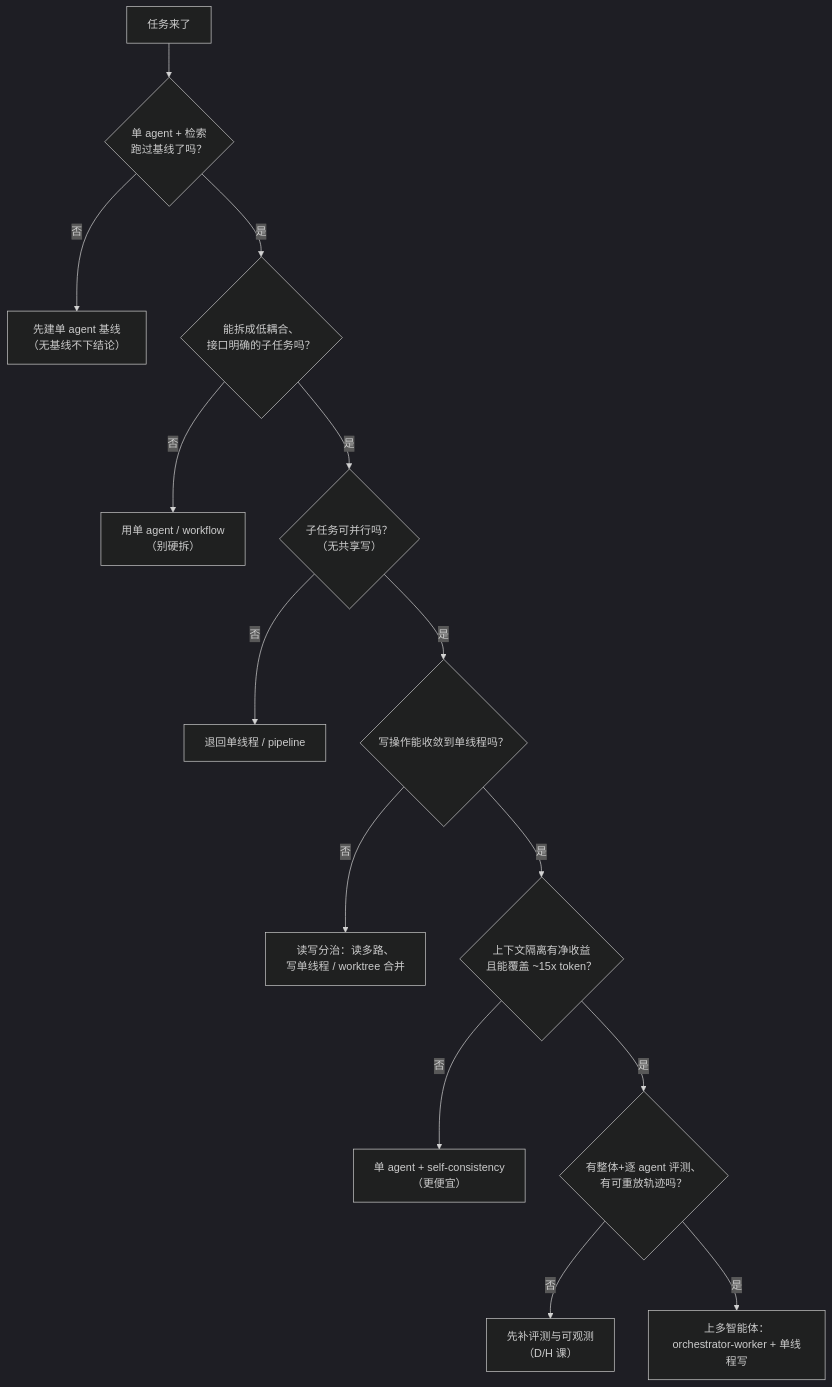
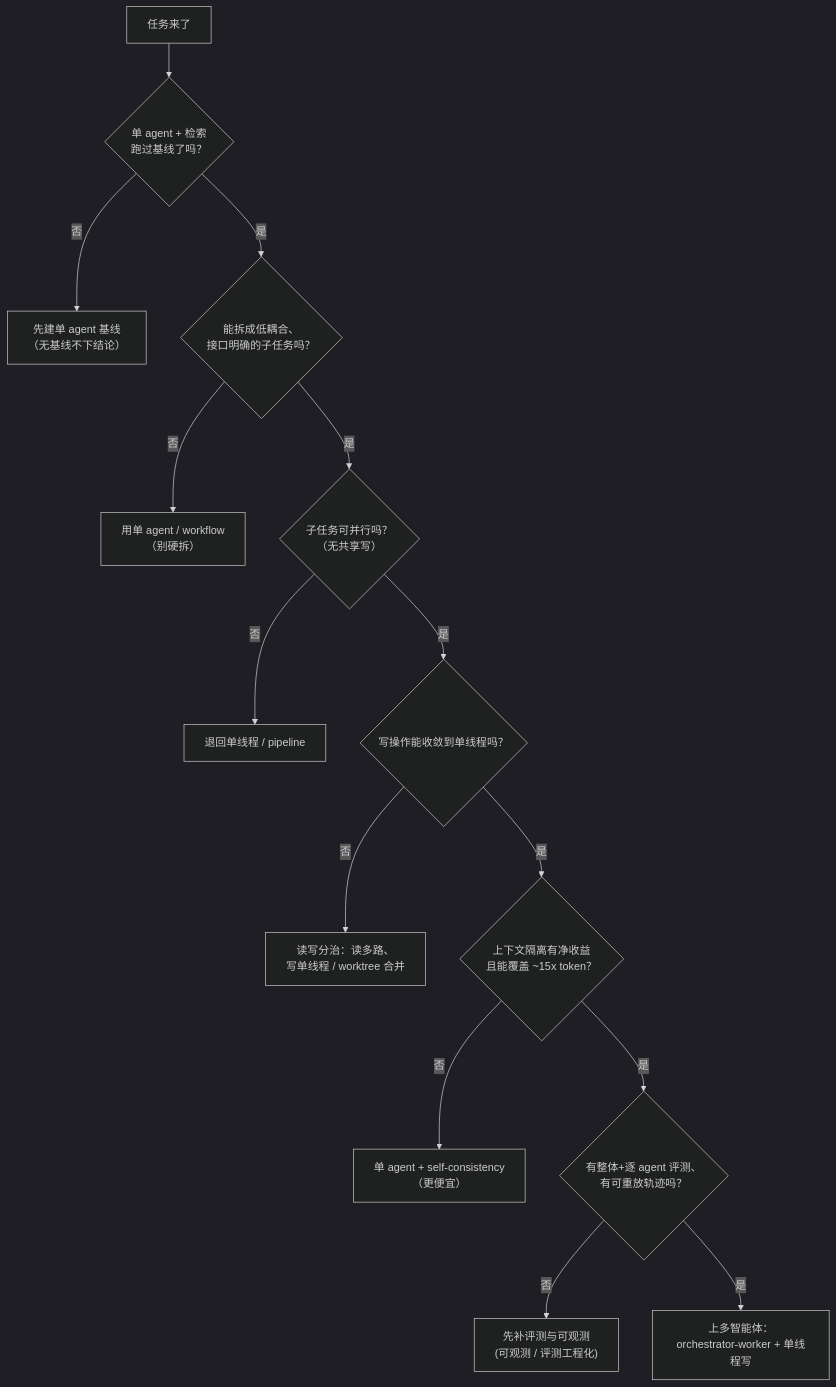
Before and after one commit to zo0043/learn-agent-harness: the fourth of 4 diagrams in notes/multi-agent.md, drawn with Mermaid (dark theme). The commit also changed other lines of this file and 50 other files, not shown here.

````diff
--- a/notes/multi-agent.md
+++ b/notes/multi-agent.md
@@ -340,16 +340,16 @@
 ```mermaid
 flowchart TD
   A["任务来了"] --> B{"单 agent + 检索<br/>跑过基线了吗？"}
   B -- "否" --> B1["先建单 agent 基线<br/>（无基线不下结论）"]
   B -- "是" --> C{"能拆成低耦合、<br/>接口明确的子任务吗？"}
   C -- "否" --> C1["用单 agent / workflow<br/>（别硬拆）"]
   C -- "是" --> D{"子任务可并行吗？<br/>（无共享写）"}
   D -- "否" --> D1["退回单线程 / pipeline"]
   D -- "是" --> E{"写操作能收敛到单线程吗？"}
   E -- "否" --> E1["读写分治：读多路、<br/>写单线程 / worktree 合并"]
   E -- "是" --> F{"上下文隔离有净收益<br/>且能覆盖 ~15x token？"}
   F -- "否" --> F1["单 agent + self-consistency<br/>（更便宜）"]
   F -- "是" --> G{"有整体+逐 agent 评测、<br/>有可重放轨迹吗？"}
-  G -- "否" --> G1["先补评测与可观测<br/>（D/H 课）"]
+  G -- "否" --> G1["先补评测与可观测<br/>(可观测 / 评测工程化)"]
   G -- "是" --> H["上多智能体：<br/>orchestrator-worker + 单线程写"]
 ```
````
